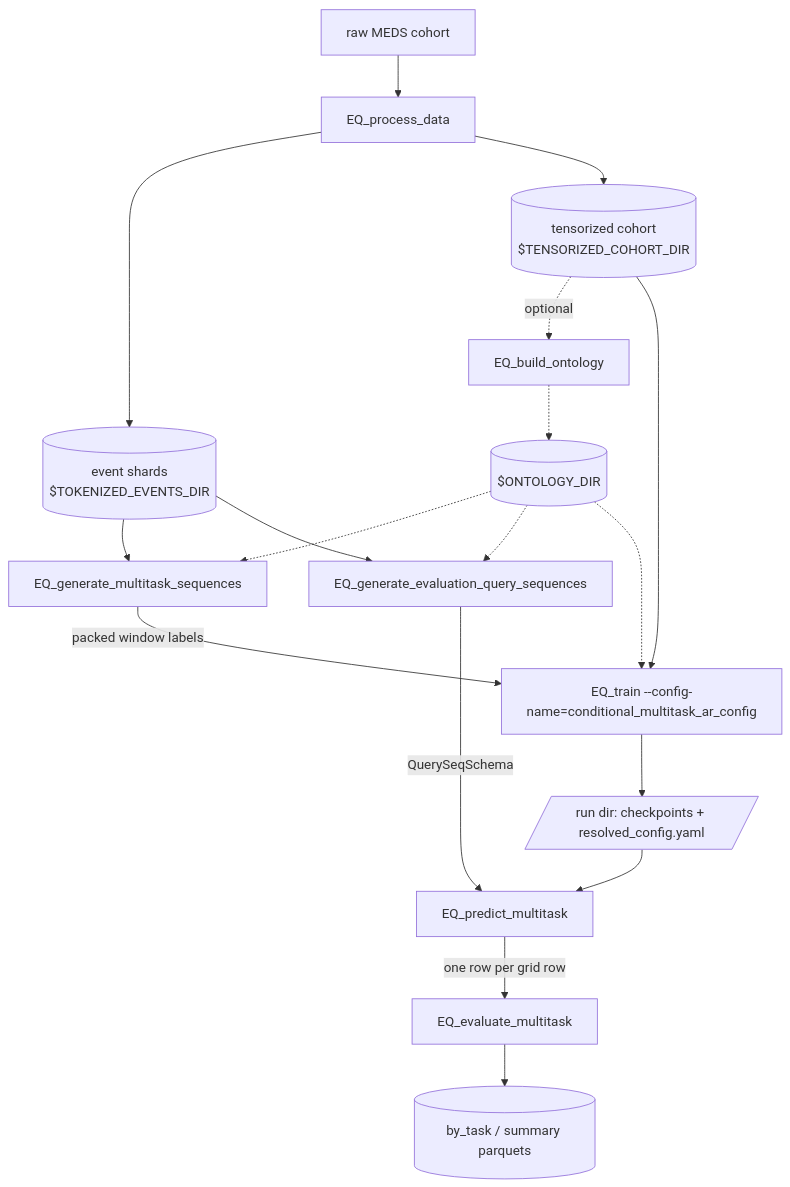
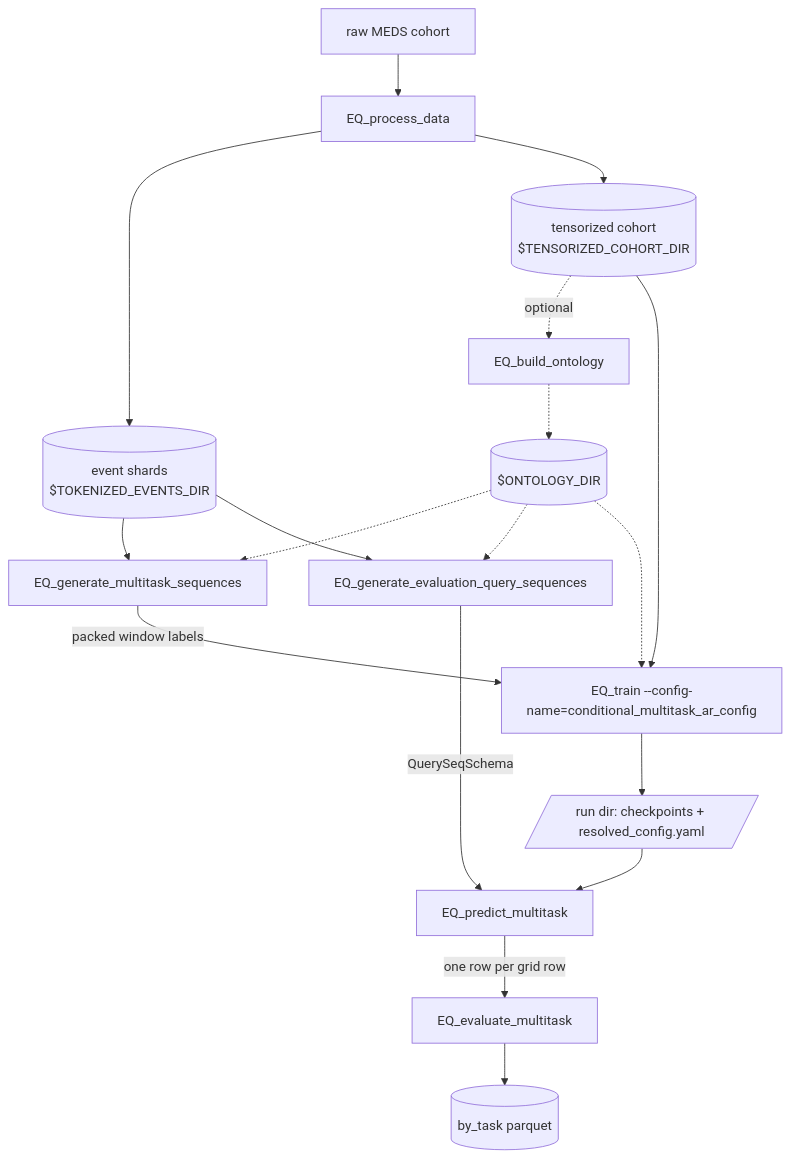
Before and after one commit to mmcdermott/EveryQuery-conditional: the first of 2 diagrams in README.md, drawn with Mermaid. The commit also changed other lines of this file and 6 other files, not shown here.

First line of the commit message:
refactor(evaluate)!: per-task AUROC + row-bootstrap CI only

````diff
--- a/README.md
+++ b/README.md
@@ -63,23 +63,23 @@
 ```mermaid
 flowchart TD
     meds[raw MEDS cohort] --> process[EQ_process_data]
     process --> events[("event shards<br/>$TOKENIZED_EVENTS_DIR")]
     process --> cohort[("tensorized cohort<br/>$TENSORIZED_COHORT_DIR")]
     cohort -. optional .-> onto[EQ_build_ontology]
     onto -.-> ontodir[("$ONTOLOGY_DIR")]
 
     events --> gen[EQ_generate_multitask_sequences]
     events --> geneval[EQ_generate_evaluation_query_sequences]
     ontodir -.-> gen
     ontodir -.-> geneval
 
     gen -- "packed window labels" --> train["EQ_train --config-name=conditional_multitask_ar_config"]
     cohort --> train
     ontodir -.-> train
     train --> ckpt[/run dir: checkpoints + resolved_config.yaml/]
 
     ckpt --> predict[EQ_predict_multitask]
     geneval -- QuerySeqSchema --> predict
     predict -- "one row per grid row" --> evaluate[EQ_evaluate_multitask]
-    evaluate --> metrics[("by_task / summary parquets")]
+    evaluate --> metrics[("by_task parquet")]
 ```
````
